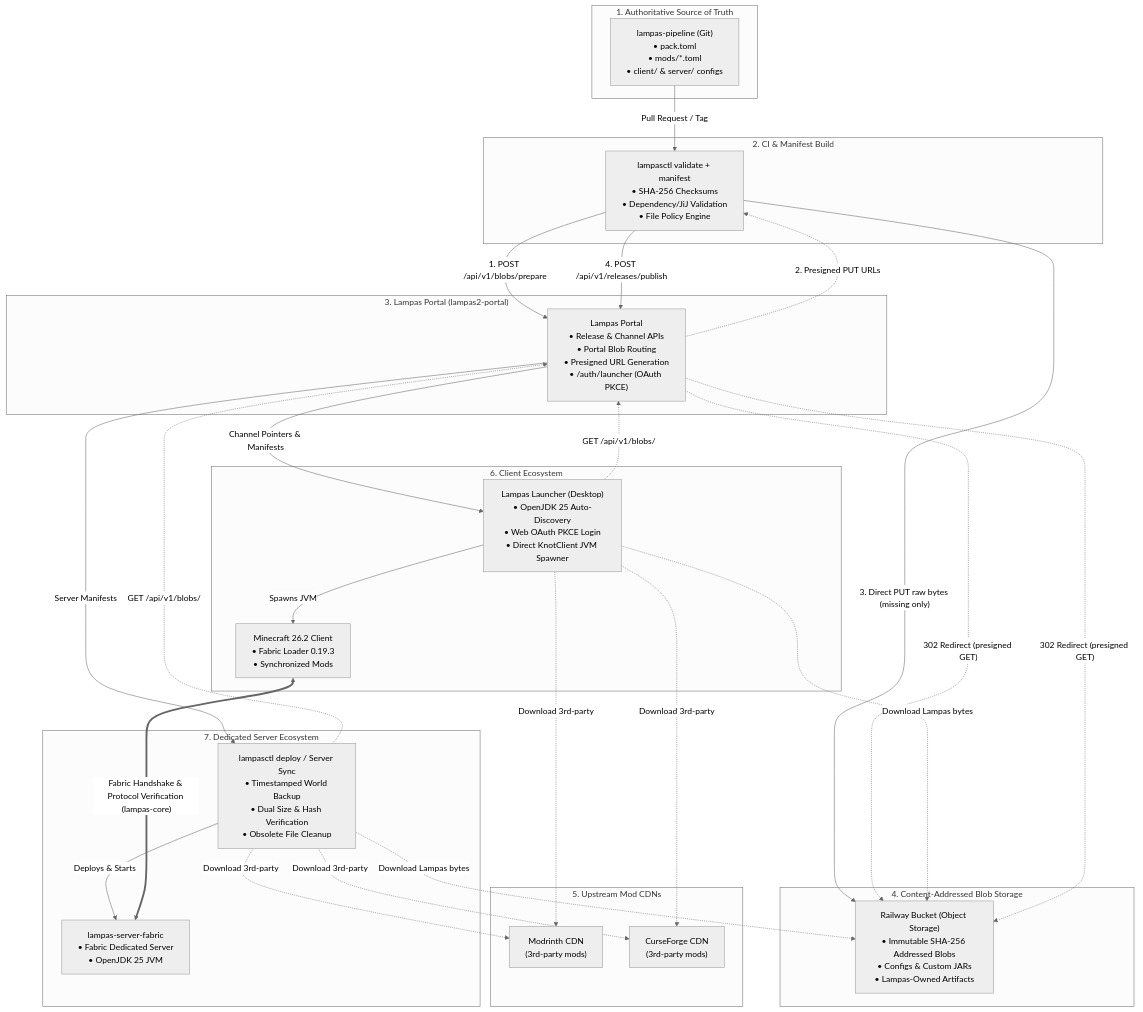
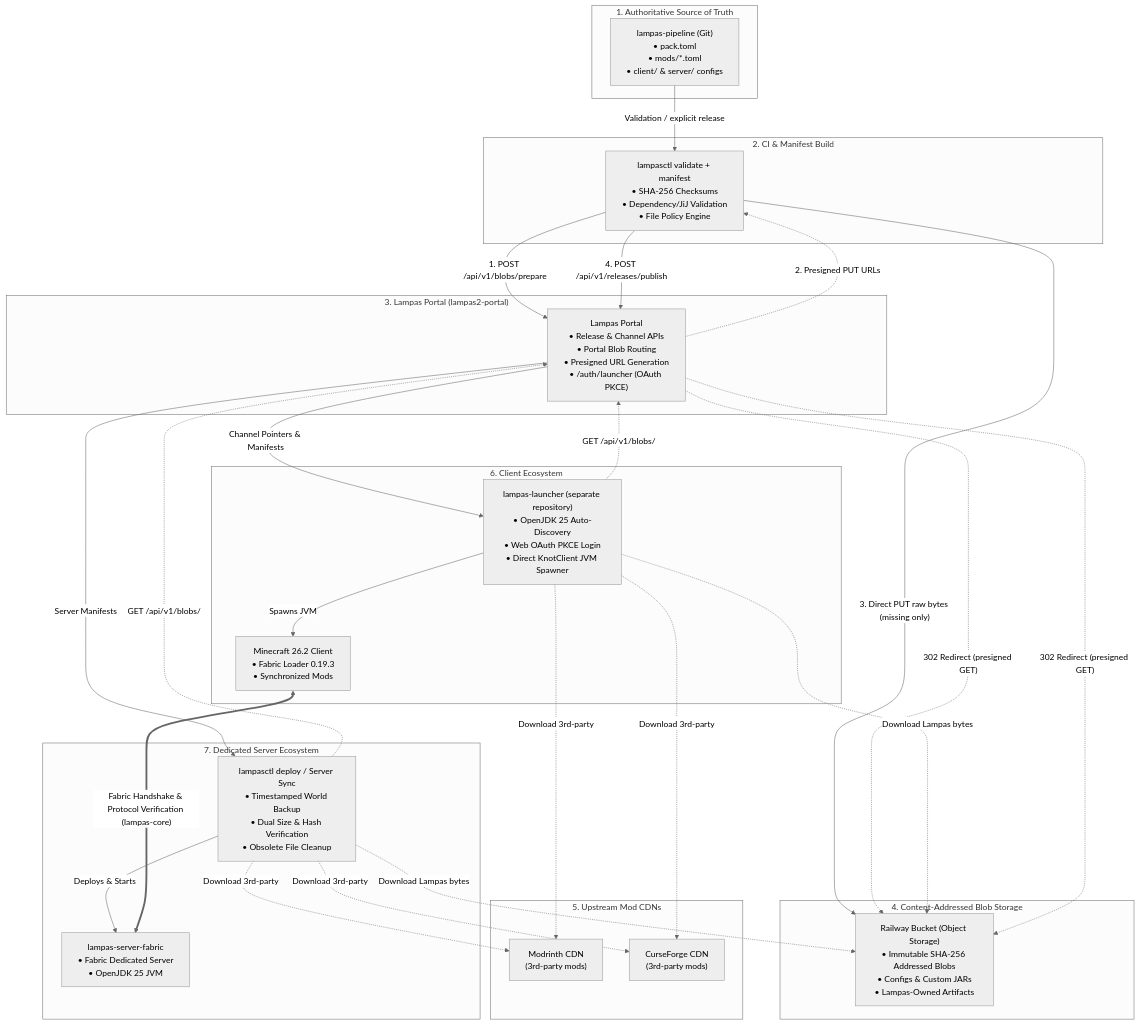
Before and after one commit to justbecauseph/lampas-pipeline: the first of 5 diagrams in README.md, drawn with Mermaid (neutral theme). The commit also changed other lines of this file and 14 other files, not shown here.

````diff
--- a/README.md
+++ b/README.md
@@ -17,59 +17,59 @@
 ```mermaid
 graph TD
     subgraph Git ["1. Authoritative Source of Truth"]
         Pipeline["lampas-pipeline (Git)<br/>• pack.toml<br/>• mods/*.toml<br/>• client/ & server/ configs"]
     end
 
     subgraph CI ["2. CI & Manifest Build"]
         Lampasctl["lampasctl validate + manifest<br/>• SHA-256 Checksums<br/>• Dependency/JiJ Validation<br/>• File Policy Engine"]
     end
 
     subgraph PortalLayer ["3. Lampas Portal (lampas2-portal)"]
         PortalAPI["Lampas Portal<br/>• Release & Channel APIs<br/>• Portal Blob Routing<br/>• Presigned URL Generation<br/>• /auth/launcher (OAuth PKCE)"]
     end
 
     subgraph Storage ["4. Content-Addressed Blob Storage"]
         RailwayBucket["Railway Bucket (Object Storage)<br/>• Immutable SHA-256 Addressed Blobs<br/>• Configs & Custom JARs<br/>• Lampas-Owned Artifacts"]
     end
 
     subgraph CDNs ["5. Upstream Mod CDNs"]
         Modrinth["Modrinth CDN<br/>(3rd-party mods)"]
         CurseForge["CurseForge CDN<br/>(3rd-party mods)"]
     end
 
     subgraph ClientLayer ["6. Client Ecosystem"]
-        Launcher["Lampas Launcher (Desktop)<br/>• OpenJDK 25 Auto-Discovery<br/>• Web OAuth PKCE Login<br/>• Direct KnotClient JVM Spawner"]
+        Launcher["lampas-launcher (separate repository)<br/>• OpenJDK 25 Auto-Discovery<br/>• Web OAuth PKCE Login<br/>• Direct KnotClient JVM Spawner"]
         ClientMC["Minecraft 26.2 Client<br/>• Fabric Loader 0.19.3<br/>• Synchronized Mods"]
     end
 
     subgraph ServerLayer ["7. Dedicated Server Ecosystem"]
         ServerScript["lampasctl deploy / Server Sync<br/>• Timestamped World Backup<br/>• Dual Size & Hash Verification<br/>• Obsolete File Cleanup"]
         ServerMC["lampas-server-fabric<br/>• Fabric Dedicated Server<br/>• OpenJDK 25 JVM"]
     end
 
-    Pipeline -->|Pull Request / Tag| Lampasctl
+    Pipeline -->|Validation / explicit release| Lampasctl
     Lampasctl -->|"1. POST /api/v1/blobs/prepare"| PortalAPI
     PortalAPI -.->|"2. Presigned PUT URLs"| Lampasctl
     Lampasctl -->|"3. Direct PUT raw bytes (missing only)"| RailwayBucket
     Lampasctl -->|"4. POST /api/v1/releases/publish"| PortalAPI
 
     PortalAPI -->|Channel Pointers & Manifests| Launcher
     PortalAPI -->|Server Manifests| ServerScript
 
     Launcher -.->|Download 3rd-party| Modrinth
     Launcher -.->|Download 3rd-party| CurseForge
     Launcher -.->|"GET /api/v1/blobs/<sha256>"| PortalAPI
     PortalAPI -.->|"302 Redirect (presigned GET)"| RailwayBucket
     Launcher -.->|Download Lampas bytes| RailwayBucket
 
     ServerScript -.->|Download 3rd-party| Modrinth
     ServerScript -.->|Download 3rd-party| CurseForge
     ServerScript -.->|"GET /api/v1/blobs/<sha256>"| PortalAPI
     PortalAPI -.->|"302 Redirect (presigned GET)"| RailwayBucket
     ServerScript -.->|Download Lampas bytes| RailwayBucket
 
     Launcher -->|Spawns JVM| ClientMC
     ServerScript -->|Deploys & Starts| ServerMC
 
     ClientMC <===>|"Fabric Handshake & Protocol Verification (lampas-core)"| ServerMC
 ```
````
